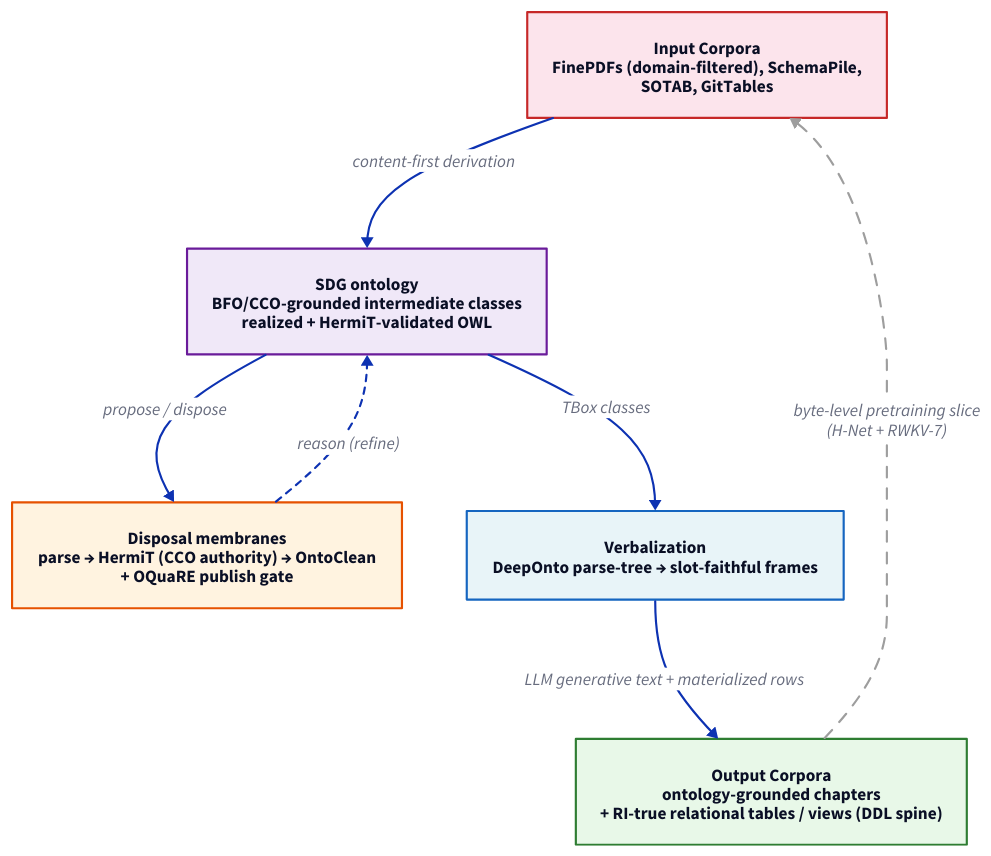
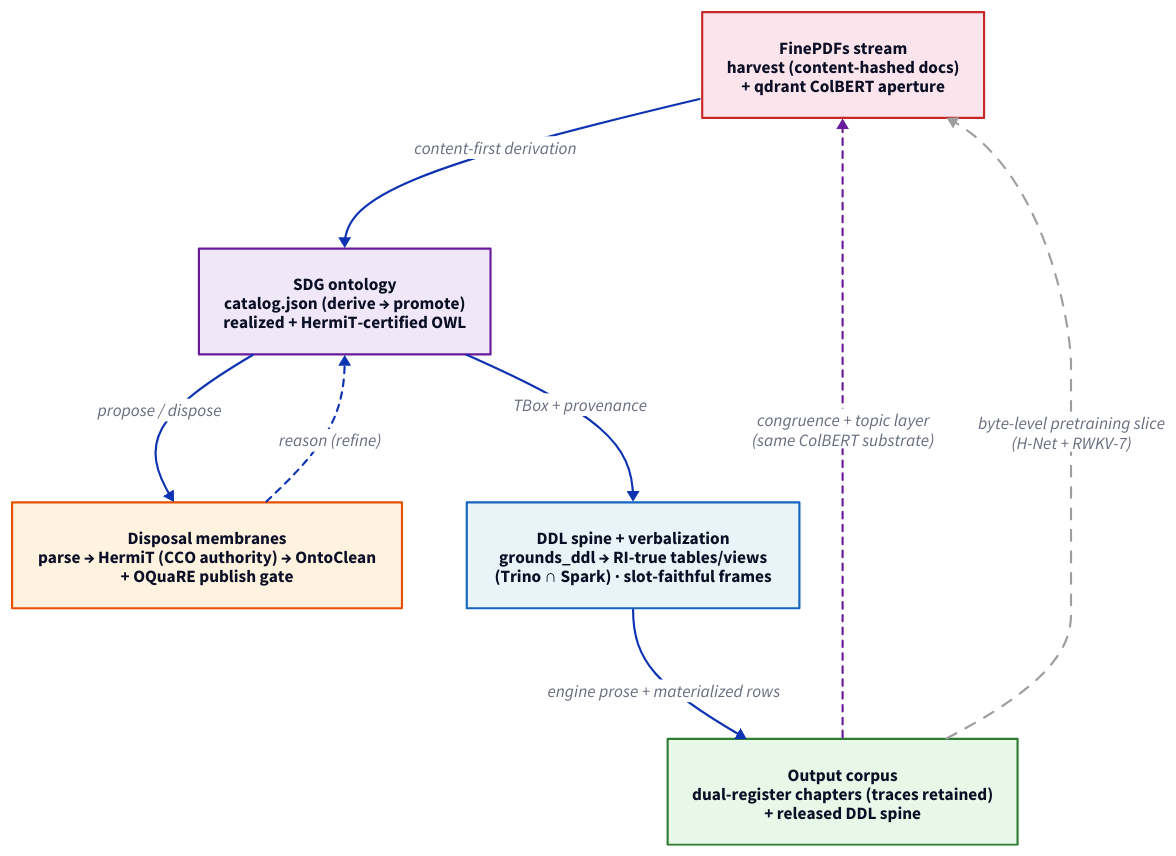
Before and after one commit to zndx/aegir: the diagram in docs/current/src/ontology/production_state.md, drawn with D2. The commit also changed other lines of this file and 38 other files, not shown here.

````diff
--- a/docs/current/src/ontology/production_state.md
+++ b/docs/current/src/ontology/production_state.md
@@ -324,40 +397,44 @@
 ```d2
 direction: down
 
-input: Input Corpora\nFinePDFs (domain-filtered), SchemaPile,\nSOTAB, GitTables {
+input: FinePDFs stream\nharvest (content-hashed docs)\n+ qdrant ColBERT aperture {
   style.fill: "#fce4ec"
   style.stroke: "#c62828"
 }
 
-ontology: SDG ontology\nBFO/CCO-grounded intermediate classes\nrealized + HermiT-validated OWL {
+ontology: SDG ontology\ncatalog.json (derive → promote)\nrealized + HermiT-certified OWL {
   style.fill: "#f0e8f8"
   style.stroke: "#6a1b9a"
 }
 
 membranes: Disposal membranes\nparse → HermiT (CCO authority) → OntoClean\n+ OQuaRE publish gate {
   style.fill: "#fff3e0"
   style.stroke: "#e65100"
 }
 
-verbalize: Verbalization\nDeepOnto parse-tree → slot-faithful frames {
+constructs: DDL spine + verbalization\ngrounds_ddl → RI-true tables/views\n(Trino ∩ Spark) · slot-faithful frames {
   style.fill: "#e8f4f8"
   style.stroke: "#1565c0"
 }
 
-output: Output Corpora\nontology-grounded chapters\n+ RI-true relational tables / views (DDL spine) {
+output: Output corpus\ndual-register chapters (traces retained)\n+ released DDL spine {
   style.fill: "#e8f8e8"
   style.stroke: "#2e7d32"
 }
 
 input -> ontology: content-first derivation
 ontology -> membranes: propose / dispose
 membranes -> ontology: reason (refine) {
   style.stroke-dash: 3
 }
-ontology -> verbalize: TBox classes
-verbalize -> output: LLM generative text + materialized rows
+ontology -> constructs: TBox + provenance
+constructs -> output: engine prose + materialized rows
+output -> input: congruence + topic layer\n(same ColBERT substrate) {
+  style.stroke-dash: 3
+  style.stroke: "#6a1b9a"
+}
 output -> input: byte-level pretraining slice\n(H-Net + RWKV-7) {
   style.stroke-dash: 5
   style.stroke: "#9e9e9e"
 }
 ```
````
